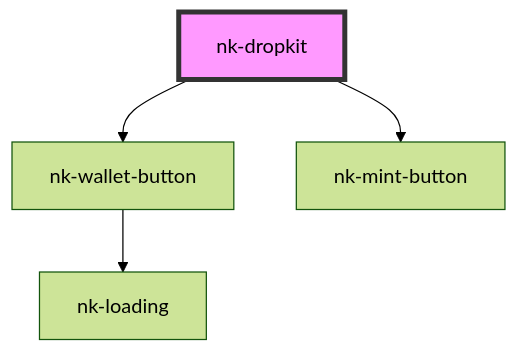
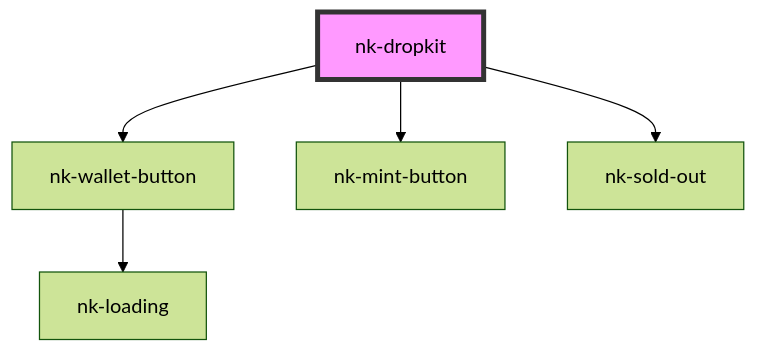
One commit to niftykit-inc/components changed the diagram in src/components/nk-dropkit/readme.md. Above: the diagram before and after it, drawn with Mermaid (forest theme). The commit also changed other lines of this file and 8 other files, not shown here.

Commit message:
Adds sold out widget

````diff
--- a/src/components/nk-dropkit/readme.md
+++ b/src/components/nk-dropkit/readme.md
@@ -35,7 +37,8 @@
 ```mermaid
 graph TD;
   nk-dropkit --> nk-wallet-button
   nk-dropkit --> nk-mint-button
+  nk-dropkit --> nk-sold-out
   nk-wallet-button --> nk-loading
   style nk-dropkit fill:#f9f,stroke:#333,stroke-width:4px
 ```
````
